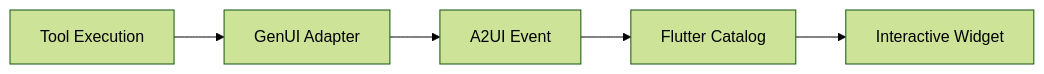
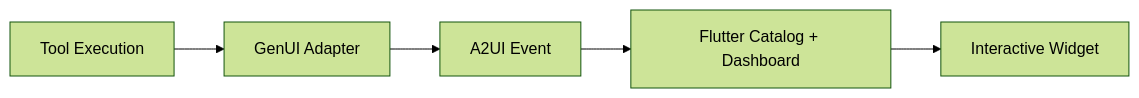
One commit to srtux/sre-agent changed the diagram in docs/guides/rendering_telemetry.md. Above: the diagram before and after it, drawn with Mermaid (forest theme). The commit also changed other lines of this file and 72 other files, not shown here.

````diff
--- a/docs/guides/rendering_telemetry.md
+++ b/docs/guides/rendering_telemetry.md
@@ -9,7 +9,7 @@
 ```mermaid
 graph LR
     Tool[Tool Execution] --> Adapter[GenUI Adapter]
     Adapter --> Event[A2UI Event]
-    Event --> Frontend[Flutter Catalog]
+    Event --> Frontend[Flutter Catalog + Dashboard]
     Frontend --> Widget[Interactive Widget]
 ```
````
